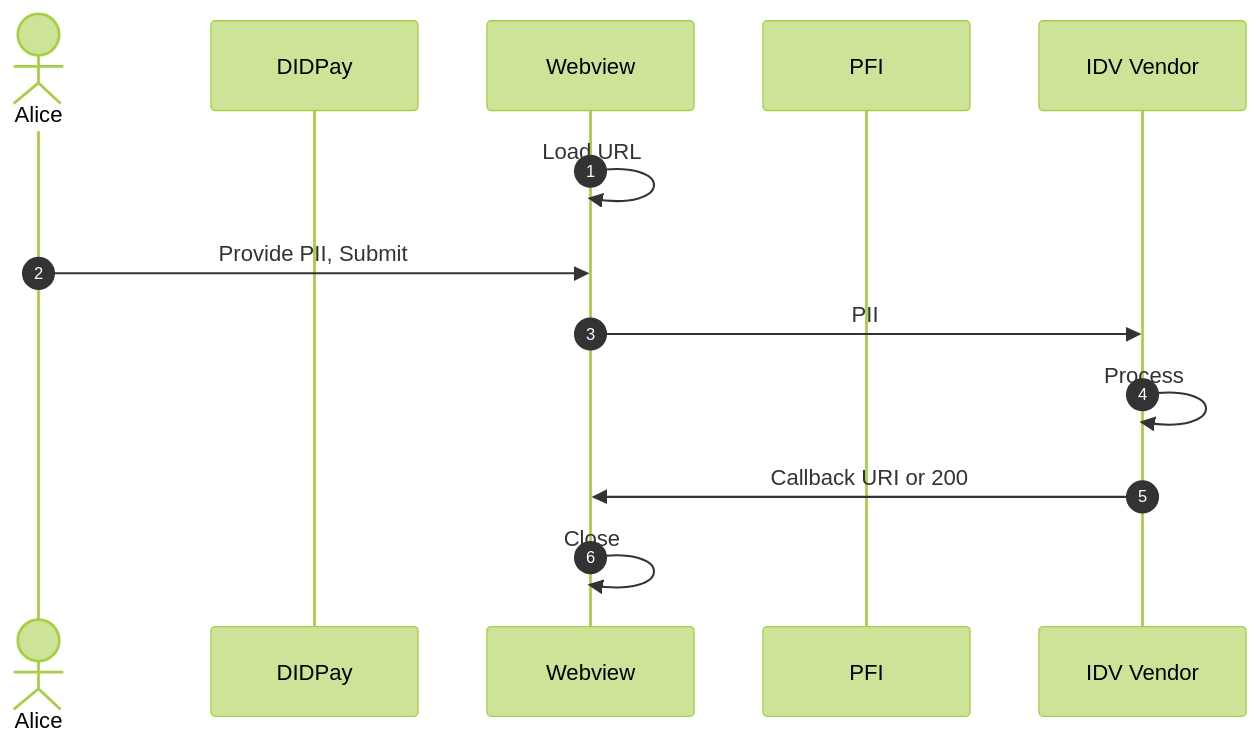
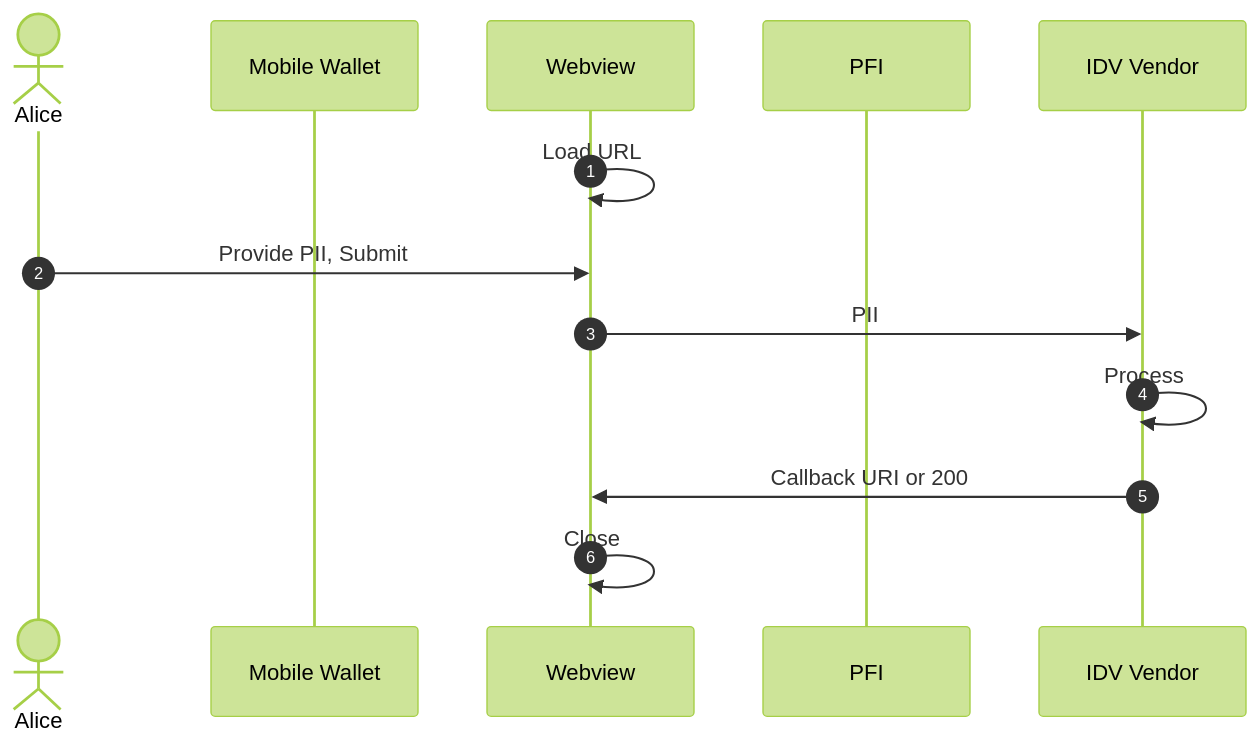
One commit to TBD54566975/known-customer-credential changed the second of 4 diagrams in README.md. Above: the diagram before and after it, drawn with Mermaid (forest theme). The commit also changed other lines of this file, not shown here.

Commit message:
Mobile Wallet instead of DIDPay. Authorization instead of Auth

````diff
--- a/README.md
+++ b/README.md
@@ -285,18 +282,18 @@
 ```mermaid
 sequenceDiagram
 autonumber
 
 actor A as Alice 
-participant D as DIDPay
+participant D as Mobile Wallet
 participant W as Webview
 participant P as PFI
 participant V as IDV Vendor
 
 
 W->>W: Load URL
 A->>W: Provide PII, Submit
 W->>V: PII
 V->>V: Process
 V->>W: Callback URI or 200
 W->>W: Close
 ```
````
